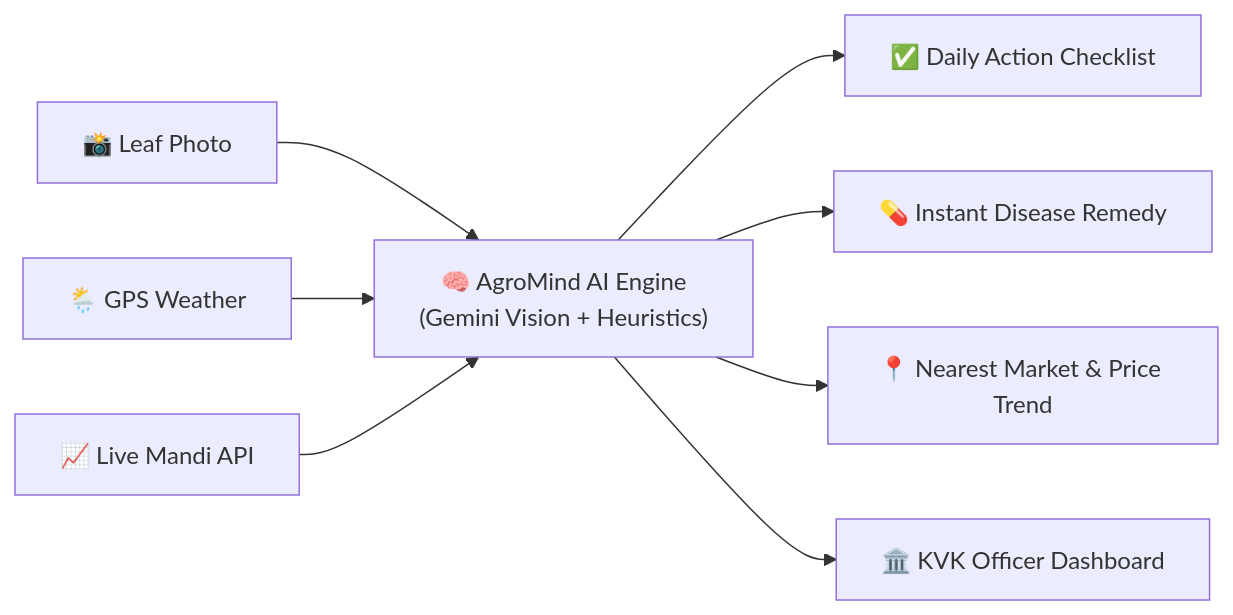
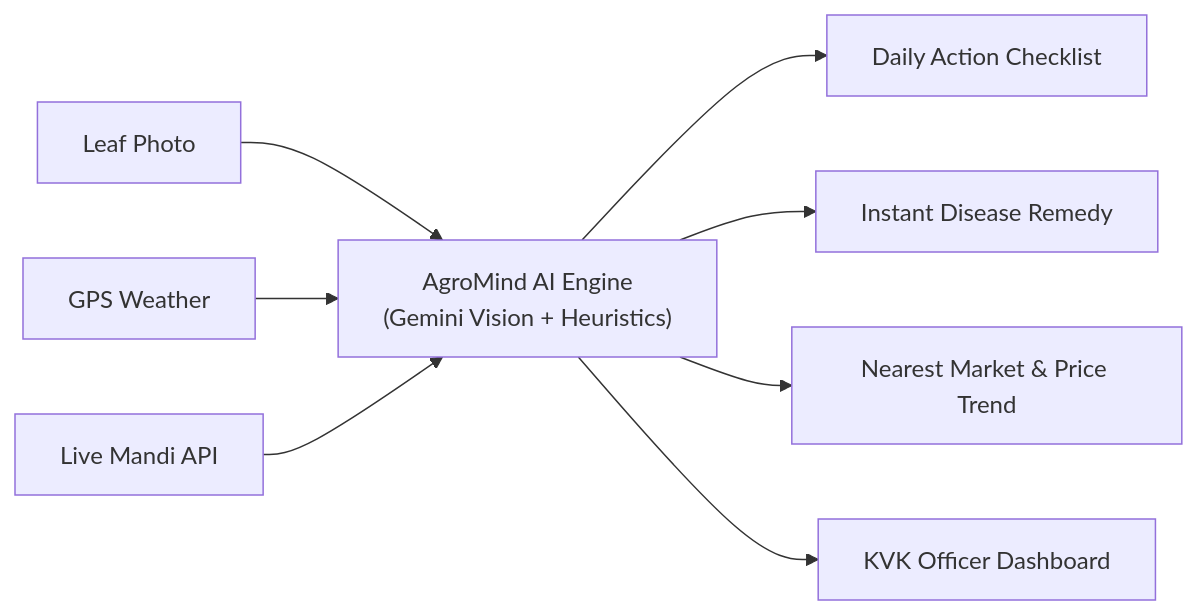
The second of 2 diagrams in README.md (Xcoder-69/HACKFORGE), drawn with Mermaid before and after one commit. The commit also changed other lines of this file and 1 other file, not shown here.

````diff
--- a/README.md
+++ b/README.md
@@ -57,11 +57,11 @@
 ```mermaid
 flowchart LR
-    Img["📸 Leaf Photo"] --> AI["🧠 AgroMind AI Engine<br>(Gemini Vision + Heuristics)"]
-    Wx["🌦️ GPS Weather"] --> AI
-    Mkt["📈 Live Mandi API"] --> AI
+    Img["Leaf Photo"] --> AI["AgroMind AI Engine<br>(Gemini Vision + Heuristics)"]
+    Wx["GPS Weather"] --> AI
+    Mkt["Live Mandi API"] --> AI
 
-    AI --> Act["✅ Daily Action Checklist"]
-    AI --> Med["💊 Instant Disease Remedy"]
-    AI --> MktInfo["📍 Nearest Market & Price Trend"]
-    AI --> KVK["🏛️ KVK Officer Dashboard"]
+    AI --> Act["Daily Action Checklist"]
+    AI --> Med["Instant Disease Remedy"]
+    AI --> MktInfo["Nearest Market & Price Trend"]
+    AI --> KVK["KVK Officer Dashboard"]
 ```
````
